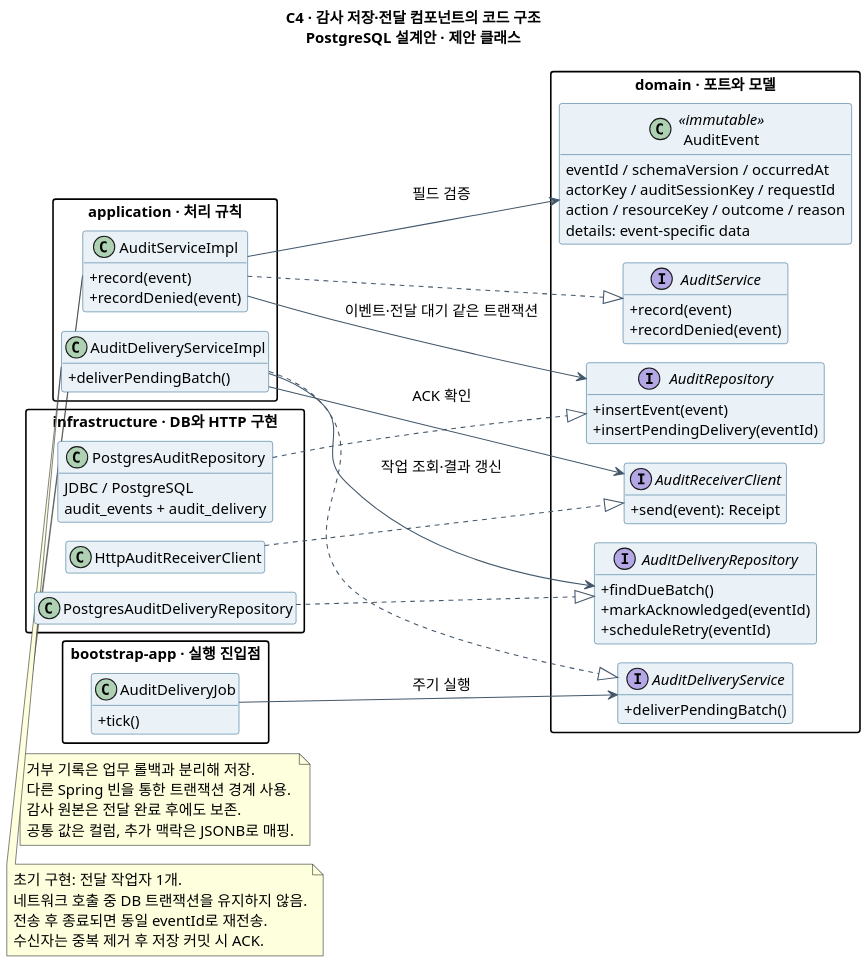
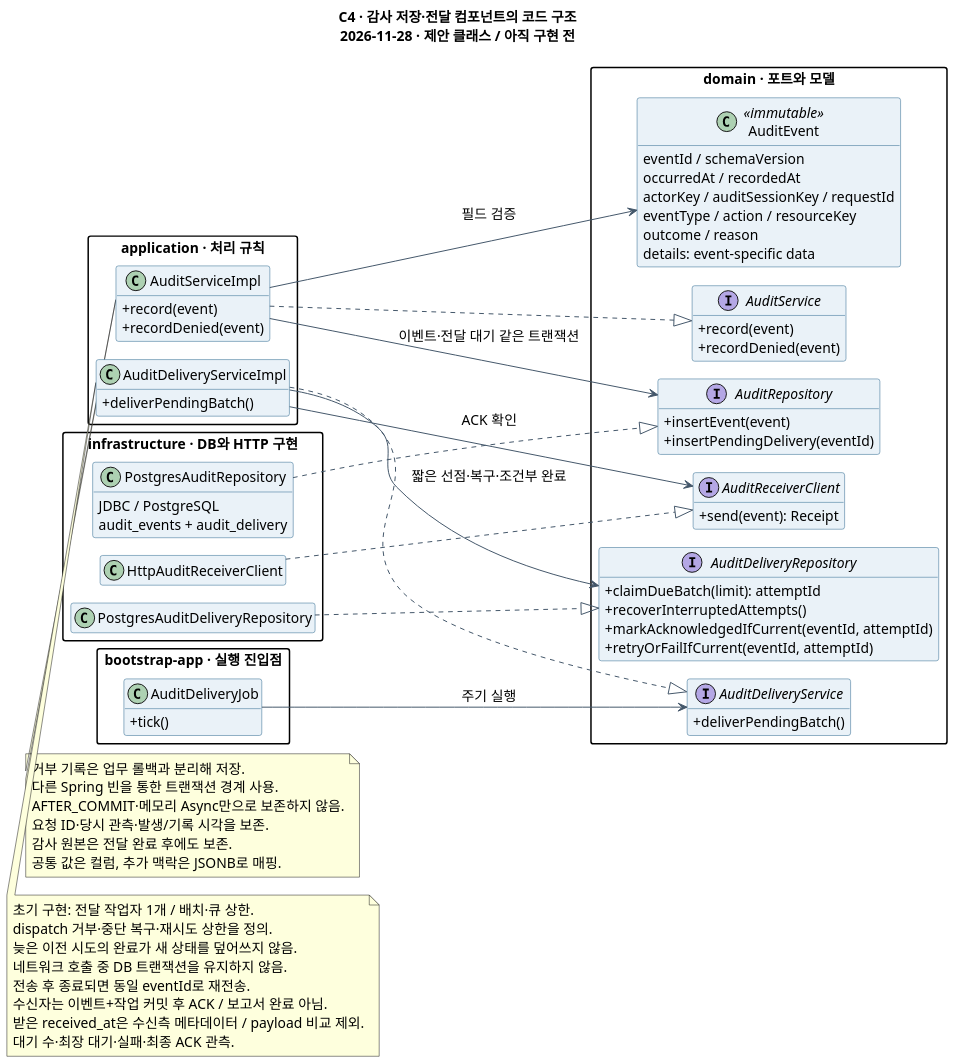
The diagram in docs/architecture/session-backend-c4/c4-audit-code.puml (ZETTY-ZEROTRUST/backend), drawn with PlantUML before and after one commit. The commit also changed 28 other files, not shown here.

Commit message:
docs(architecture): 세션 백엔드와 UBA C4 설계 갱신

```diff
--- a/docs/architecture/session-backend-c4/c4-audit-code.puml
+++ b/docs/architecture/session-backend-c4/c4-audit-code.puml
@@ -1,89 +1,98 @@
 @startuml
 !pragma layout smetana
 skinparam defaultFontName "Apple SD Gothic Neo"
 skinparam defaultFontSize 14
 skinparam backgroundColor #FFFFFF
 skinparam shadowing false
-skinparam dpi 150
+skinparam dpi 140
 left to right direction
 hide empty members
 skinparam classAttributeIconSize 0
 skinparam packageStyle rectangle
 skinparam classBackgroundColor #EAF2F8
 skinparam classBorderColor #25638B
 skinparam ArrowColor #43576A
 skinparam nodesep 35
 skinparam ranksep 45
-title C4 · 감사 저장·전달 컴포넌트의 코드 구조\nPostgreSQL 설계안 · 제안 클래스
+title C4 · 감사 저장·전달 컴포넌트의 코드 구조\n2026-11-28 · 제안 클래스 / 아직 구현 전
 package "domain · 포트와 모델" {
  class AuditEvent <<immutable>> {
-   eventId / schemaVersion / occurredAt
+   eventId / schemaVersion
+   occurredAt / recordedAt
    actorKey / auditSessionKey / requestId
-   action / resourceKey / outcome / reason
+   eventType / action / resourceKey
+   outcome / reason
    details: event-specific data
  }
  interface AuditService {
    +record(event)
    +recordDenied(event)
  }
  interface AuditRepository {
    +insertEvent(event)
    +insertPendingDelivery(eventId)
  }
  interface AuditDeliveryService {
    +deliverPendingBatch()
  }
  interface AuditDeliveryRepository {
-   +findDueBatch()
-   +markAcknowledged(eventId)
-   +scheduleRetry(eventId)
+   +claimDueBatch(limit): attemptId
+   +recoverInterruptedAttempts()
+   +markAcknowledgedIfCurrent(eventId, attemptId)
+   +retryOrFailIfCurrent(eventId, attemptId)
  }
  interface AuditReceiverClient {
    +send(event): Receipt
  }
 }
 package "application · 처리 규칙" {
  class AuditServiceImpl {
    +record(event)
    +recordDenied(event)
  }
  class AuditDeliveryServiceImpl {
    +deliverPendingBatch()
  }
 }
 package "infrastructure · DB와 HTTP 구현" {
  class PostgresAuditRepository {
    JDBC / PostgreSQL
    audit_events + audit_delivery
  }
  class PostgresAuditDeliveryRepository
  class HttpAuditReceiverClient
 }
 package "bootstrap-app · 실행 진입점" {
  class AuditDeliveryJob {
    +tick()
  }
 }
 AuditServiceImpl ..|> AuditService
 AuditServiceImpl --> AuditRepository : 이벤트·전달 대기 같은 트랜잭션
 AuditServiceImpl --> AuditEvent : 필드 검증
 PostgresAuditRepository ..|> AuditRepository
 AuditDeliveryJob --> AuditDeliveryService : 주기 실행
 AuditDeliveryServiceImpl ..|> AuditDeliveryService
-AuditDeliveryServiceImpl --> AuditDeliveryRepository : 작업 조회·결과 갱신
+AuditDeliveryServiceImpl --> AuditDeliveryRepository : 짧은 선점·복구·조건부 완료
 AuditDeliveryServiceImpl --> AuditReceiverClient : ACK 확인
 PostgresAuditDeliveryRepository ..|> AuditDeliveryRepository
 HttpAuditReceiverClient ..|> AuditReceiverClient
 note bottom of AuditServiceImpl
  거부 기록은 업무 롤백과 분리해 저장.
  다른 Spring 빈을 통한 트랜잭션 경계 사용.
+ AFTER_COMMIT·메모리 Async만으로 보존하지 않음.
+ 요청 ID·당시 관측·발생/기록 시각을 보존.
  감사 원본은 전달 완료 후에도 보존.
  공통 값은 컬럼, 추가 맥락은 JSONB로 매핑.
 end note
 note bottom of AuditDeliveryServiceImpl
- 초기 구현: 전달 작업자 1개.
+ 초기 구현: 전달 작업자 1개 / 배치·큐 상한.
+ dispatch 거부·중단 복구·재시도 상한을 정의.
+ 늦은 이전 시도의 완료가 새 상태를 덮어쓰지 않음.
  네트워크 호출 중 DB 트랜잭션을 유지하지 않음.
  전송 후 종료되면 동일 eventId로 재전송.
- 수신자는 중복 제거 후 저장 커밋 시 ACK.
+ 수신자는 이벤트+작업 커밋 후 ACK / 보고서 완료 아님.
+ 받은 received_at은 수신측 메타데이터 / payload 비교 제외.
+ 대기 수·최장 대기·실패·최종 ACK 관측.
 end note
 @enduml
```
